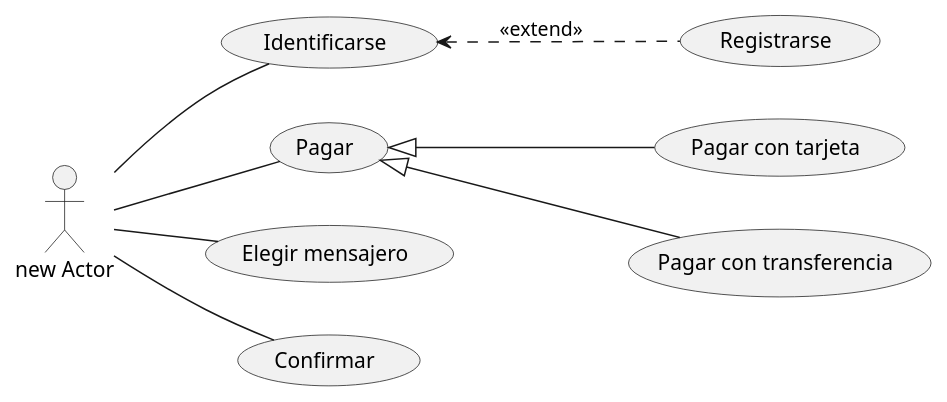
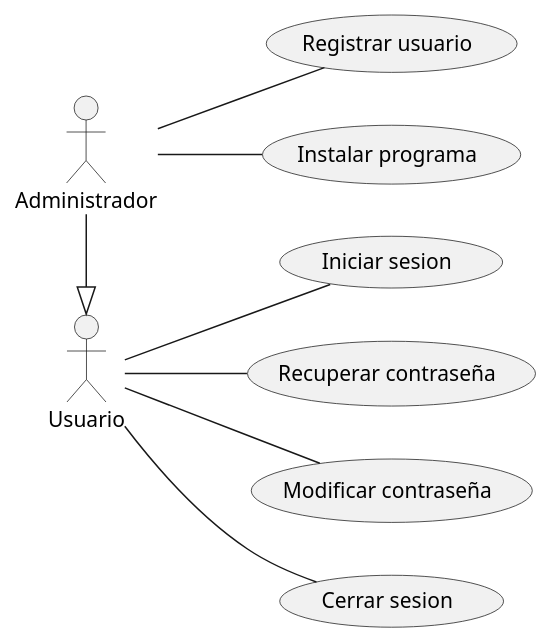
The diagram in UD12_EJ1_CND/CasosUsoEj1.puml (carniedom/EDEUD12_EJ1_CND), drawn with PlantUML before and after one commit.

Commit message:
Usuarios y Administradores

```diff
--- a/UD12_EJ1_CND/CasosUsoEj1.puml
+++ b/UD12_EJ1_CND/CasosUsoEj1.puml
@@ -1,18 +1,18 @@
 @startuml
 left to right direction
-actor :new Actor:
-usecase "Identificarse" as login
-usecase "Pagar" as pago
-usecase "Elegir mensajero" as mensajero
-usecase "Confirmar" as confirmar
-usecase "Registrarse" as registro
-usecase "Pagar con tarjeta" as pagotarjeta
-usecase "Pagar con transferencia" as pagotransferencia
-:new Actor: -- login
-:new Actor: -- pago
-:new Actor: -- mensajero
-:new Actor: -- confirmar
-login <.. registro:<<extend>>
-pago <|-- pagotarjeta
-pago <|--pagotransferencia
+actor :Usuario:
+actor :Administrador:
+usecase "Iniciar sesion" as login
+usecase "Recuperar contraseña" as recuperarpwd
+usecase "Modificar contraseña" as modificarpwd
+usecase "Cerrar sesion" as logout
+usecase "Registrar usuario" as registro
+usecase "Instalar programa" as instalar
+:Usuario: -- login
+:Usuario: -- recuperarpwd
+:Usuario: -- modificarpwd
+:Usuario: -- logout
+:Administrador: -- registro
+:Administrador: -- instalar
+:Administrador: -|> :Usuario:
 @enduml
```
